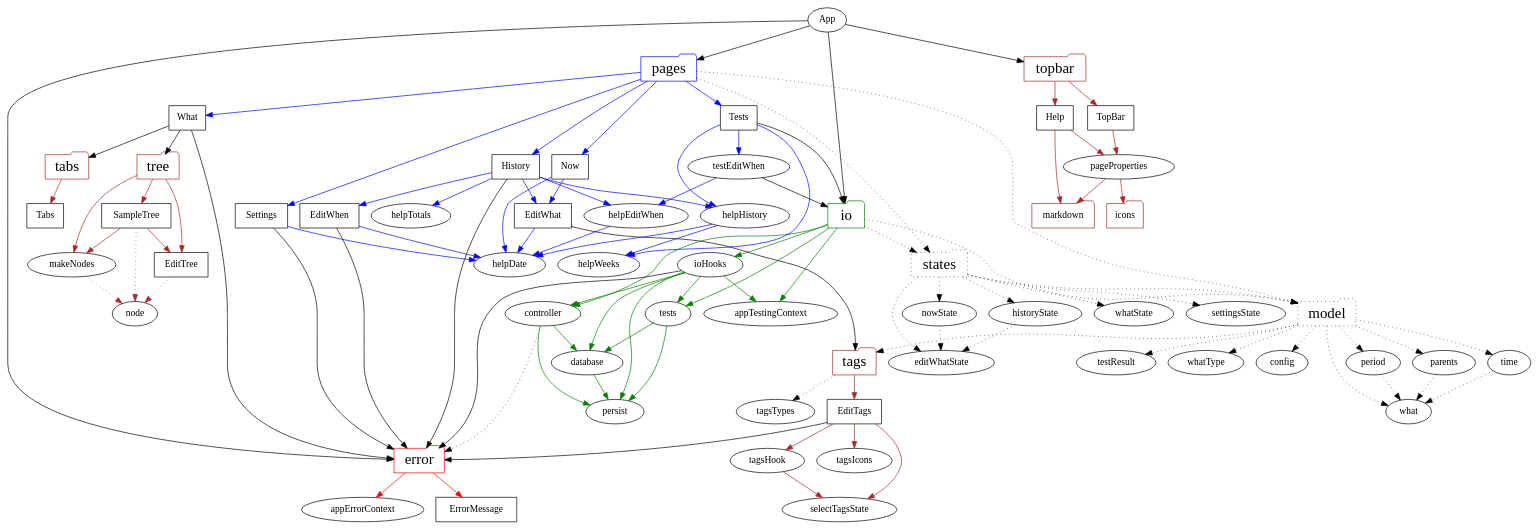
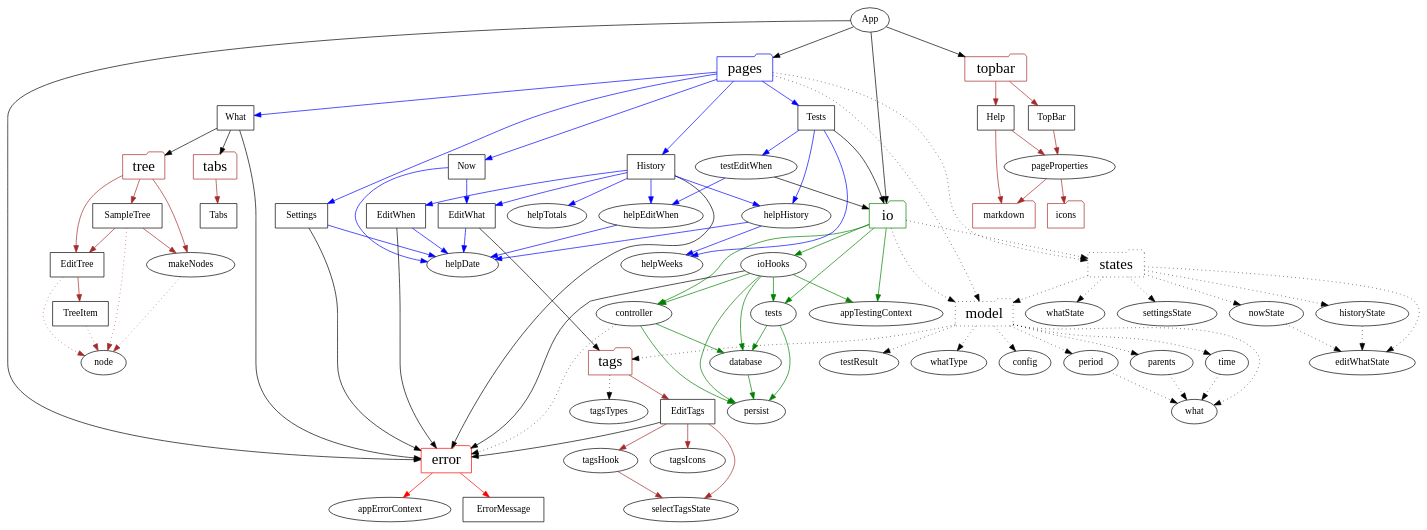
Before and after one commit to cwellsx/time: the diagram in dependencies/dependencies.dot, drawn with Graphviz. The commit also changed 5 other files, not shown here.

```diff
--- a/dependencies/dependencies.dot
+++ b/dependencies/dependencies.dot
@@ -1,104 +1,107 @@
 digraph SRC {
   "App" -> {"error" "io" "pages" "topbar"};
 
   "error" [shape=folder, color=red, fontsize="22pt"];
   "io" [shape=folder, color=green, fontsize="22pt"];
   "model" [shape=folder, fontsize="22pt"] [style=dotted];
   "pages" [shape=folder, color=blue, fontsize="22pt"];
   "states" [shape=folder, fontsize="22pt"] [style=dotted];
   "tabs" [shape=folder, color=brown, fontsize="22pt"];
   "tags" [shape=folder, color=brown, fontsize="22pt"];
   "topbar" [shape=folder, color=brown, fontsize="22pt"];
   "tree" [shape=folder, color=brown, fontsize="22pt"];
   "icons" [shape=folder, color=brown];
   "markdown" [shape=folder, color=brown];
   
   "error" -> {"ErrorMessage" "appErrorContext"} [color=red];
   "ErrorMessage" [shape=rect];
   "ErrorMessage" -> {};
   "appErrorContext" -> {};
 
   "io" -> {"controller" "ioHooks" "tests" "appTestingContext"} [color=green];
   "io" -> {"model" "states"} [style=dotted];
   "controller" -> {"persist" "database"} [color=green];
   "controller" -> {"error"} [style=dotted];
   "database" -> {"persist"} [color=green];
   "ioHooks" -> {"controller" "database" "persist" "tests" "appTestingContext"} [color=green];
   "ioHooks" -> {"error"};
   "tests" -> {"database" "persist"} [color=green];
   "persist" -> {}
   "appTestingContext" -> {};
 
   "model" -> {"config" "period" "testResult" "parents" "time" "tags" "whatType" "what"} [style=dotted];
   "config" -> {} [style=dotted];
   "period" -> {"what"} [style=dotted];
   "testResult" -> {} [style=dotted];
   "time" -> {"what"} [style=dotted];
   "parents" -> {"what"} [style=dotted];
   "what" -> {} [style=dotted];
   "whatType" -> {} [style=dotted];
 
   "pages" -> {"Now" "What" "History" "Settings" "Tests"} [color=blue];
   "Now" [shape=rect];
   "What" [shape=rect];
   "History" [shape=rect];
   "Settings" [shape=rect];
   "Tests" [shape=rect];
   "EditWhat" [shape=rect];
   "EditWhen" [shape=rect];
   "pages" -> {"model" "states"} [style=dotted];
   "helpDate" -> {};
   "helpWeeks" -> {};
   "helpTotals" -> {};
   "Now" -> {"helpDate" "EditWhat"} [color=blue];
   "What" -> {"tabs" "error" "tree"};
   "History" -> {"helpHistory" "helpTotals" "EditWhat" "EditWhen" "helpEditWhen"} [color=blue];
   "History" -> {"error"};
   "Settings" -> {"helpDate"} [color=blue];
   "Settings" -> {"error"};
   "Tests" -> {"helpWeeks" "helpHistory" "testEditWhen"} [color=blue];
   "Tests" -> {"io"};
   "helpHistory" -> {"helpWeeks" "helpDate"} [color=blue];
   "testEditWhen" -> {"helpEditWhen"} [color=blue];
   "testEditWhen" -> {"io"};
   "helpEditWhen" -> {"helpDate"} [color=blue];
   "EditWhat" -> {"helpDate"} [color=blue]
   "EditWhat" -> {"tags"};
   "EditWhen" -> {"helpDate"} [color=blue]
   "EditWhen" -> {"error"}
 
   "states" -> {"nowState" "whatState" "historyState" "settingsState" "editWhatState" "model"} [style=dotted];
   "nowState" -> {"editWhatState"} [style=dotted];
   "whatState" -> {} [style=dotted];
   "historyState" -> {"editWhatState"} [style=dotted];
   "settingsState" -> {} [style=dotted];
   "editWhatState" -> {} [style=dotted];
 
   "tabs" -> {"Tabs"} [color=brown];
   "Tabs" [shape=rect];
   "Tabs" -> {};
 
   "tree" -> {"EditTree" "SampleTree" "makeNodes"} [color=brown];
   "EditTree" [shape=rect];
   "SampleTree" [shape=rect];
+  "TreeItem" [shape=rect];
   "EditTree" -> {"node"} [style=dotted, color=brown];
+  "EditTree" -> {"TreeItem"} [color=brown];
+  "TreeItem" -> {"node"} [style=dotted, color=brown];
   "SampleTree" -> {"EditTree" "makeNodes"} [color=brown];
   "SampleTree" -> {"node"} [style=dotted, color=brown];
   "makeNodes" -> {"node"} [style=dotted, color=brown];
 
   "tags" -> {"EditTags"} [color=brown];
   "tags" -> {"tagsTypes"} [style=dotted];
   "EditTags" [shape=rect];
   "EditTags" -> {"selectTagsState" "tagsHook" "tagsIcons"} [color=brown];
   "EditTags" -> {"error"};
   "tagsHook" -> {"selectTagsState"} [color=brown];
   "tagsIcons" -> {};
   "tagsTypes" -> {} [style=dotted, color=brown];
 
   "topbar" -> {"TopBar" "Help"} [color=brown];
   "TopBar" [shape=rect];
   "Help" [shape=rect];
   "TopBar" -> {"pageProperties"} [color=brown];
   "pageProperties" -> {"markdown" "icons"} [color=brown];
   "Help" -> {"markdown" "pageProperties"} [color=brown];
 }
```
